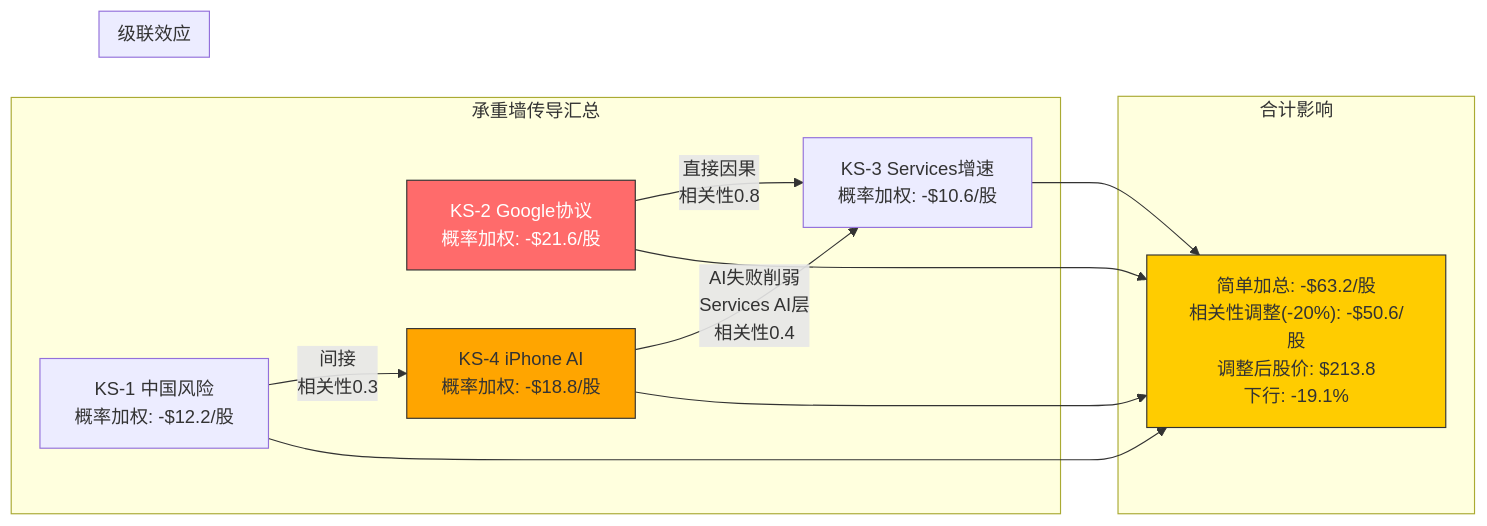
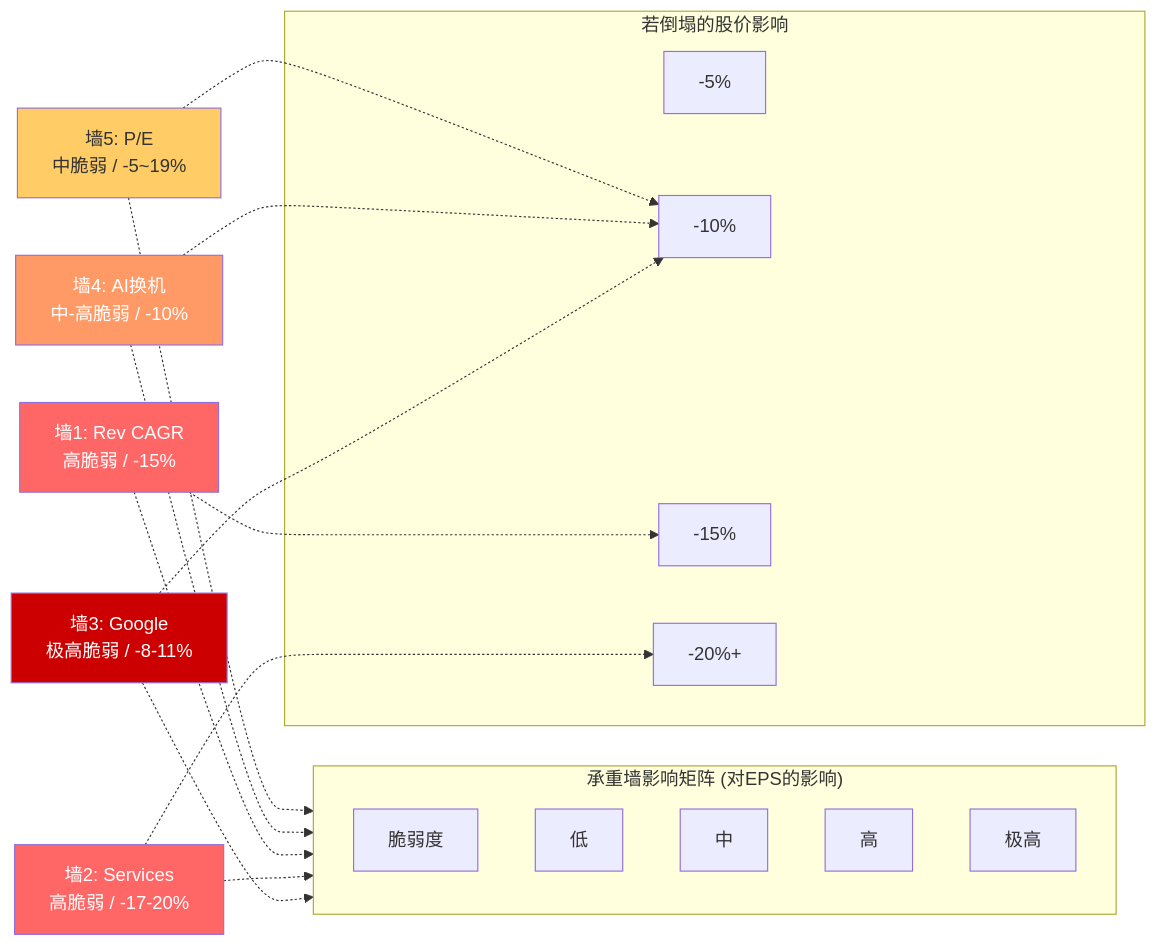
One commit to miltonnewyork25-afk/investment-master changed the third of 4 diagrams in reports/AAPL/staging/AAPL_P2_CrossValidation.md. Above: the diagram before and after it, drawn with Mermaid. The commit also changed other lines of this file and 1 other file, not shown here.

````diff
--- a/reports/AAPL/staging/AAPL_P2_CrossValidation.md
+++ b/reports/AAPL/staging/AAPL_P2_CrossValidation.md
@@ -352,28 +344,35 @@
 ```mermaid
 graph LR
-    subgraph "承重墙传导汇总"
-        KS2["KS-2 Google协议<br/>概率加权: -$21.6/股"]
-        KS4["KS-4 iPhone AI<br/>概率加权: -$18.8/股"]
-        KS1["KS-1 中国风险<br/>概率加权: -$12.2/股"]
-        KS3["KS-3 Services增速<br/>概率加权: -$10.6/股"]
+    subgraph "承重墙影响矩阵 (对EPS的影响)"
+        direction TB
+        A["脆弱度"]
+        B["低"]
+        C["中"]
+        D["高"]
+        E["极高"]
     end
 
-    subgraph "级联效应"
-        KS2 -->|直接因果<br/>相关性0.8| KS3
-        KS1 -->|间接<br/>相关性0.3| KS4
-        KS4 -->|AI失败削弱<br/>Services AI层<br/>相关性0.4| KS3
+    subgraph "若倒塌的股价影响"
+        F["-5%"]
+        G["-10%"]
+        H["-15%"]
+        I["-20%+"]
     end
 
-    subgraph "合计影响"
-        SUM["简单加总: -$63.2/股<br/>相关性调整(-20%): -$50.6/股<br/>调整后股价: $213.8<br/>下行: -19.1%"]
-    end
+    W5_2["墙5: P/E<br/>中脆弱 / -5~19%"] -.-> C
+    W5_2 -.-> G
+    W4_2["墙4: AI换机<br/>中-高脆弱 / -10%"] -.-> D
+    W4_2 -.-> G
+    W1_2["墙1: Rev CAGR<br/>高脆弱 / -15%"] -.-> D
+    W1_2 -.-> H
+    W2_2["墙2: Services<br/>高脆弱 / -17-20%"] -.-> D
+    W2_2 -.-> I
+    W3_2["墙3: Google<br/>极高脆弱 / -8-11%"] -.-> E
+    W3_2 -.-> G
 
-    KS2 --> SUM
-    KS4 --> SUM
-    KS1 --> SUM
-    KS3 --> SUM
-
-    style KS2 fill:#ff6b6b,stroke:#333,color:#fff
-    style KS4 fill:#ffa500,stroke:#333
-    style SUM fill:#ffcc00,stroke:#333
+    style W3_2 fill:#cc0000,color:#fff
+    style W2_2 fill:#ff6666,color:#fff
+    style W1_2 fill:#ff6666,color:#fff
+    style W4_2 fill:#ff9966,color:#fff
+    style W5_2 fill:#ffcc66,color:#333
 ```
````
